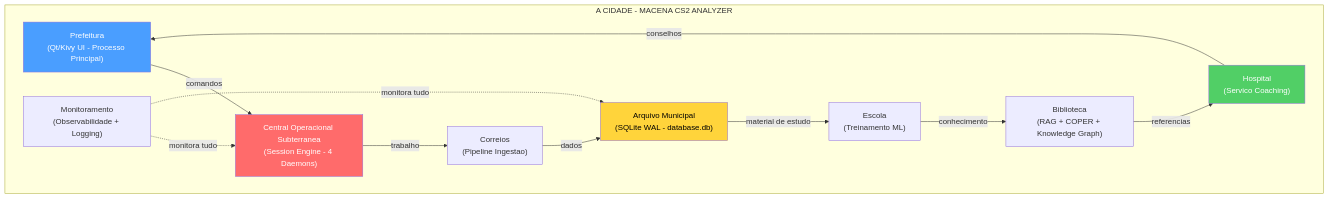
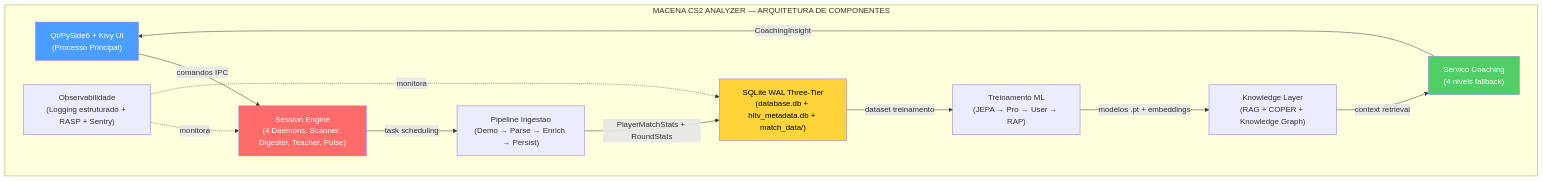
One commit to renanaugustomacena-ux/Counter-Strike-coach-AI changed the ninth of 55 diagrams in docs/books/Book-Coach-3-pt.md. Above: the diagram before and after it, drawn with Mermaid. The commit also changed other lines of this file and 29 other files, not shown here.

````diff
--- a/docs/books/Book-Coach-3-pt.md
+++ b/docs/books/Book-Coach-3-pt.md
@@ -598,26 +598,26 @@
 ```mermaid
 flowchart TB
-    subgraph CITY["A CIDADE - MACENA CS2 ANALYZER"]
-        MUNI["Prefeitura<br/>(Qt/Kivy UI - Processo Principal)"]
-        CENT["Central Operacional Subterranea<br/>(Session Engine - 4 Daemons)"]
-        ARCH["Arquivo Municipal<br/>(SQLite WAL - database.db)"]
-        POST["Correios<br/>(Pipeline Ingestao)"]
-        SCUOLA["Escola<br/>(Treinamento ML)"]
-        BIB["Biblioteca<br/>(RAG + COPER + Knowledge Graph)"]
-        OSP["Hospital<br/>(Servico Coaching)"]
-        MON["Monitoramento<br/>(Observabilidade + Logging)"]
+    subgraph SYSTEM["MACENA CS2 ANALYZER — ARQUITETURA DE COMPONENTES"]
+        UI["Qt/PySide6 + Kivy UI<br/>(Processo Principal)"]
+        SE["Session Engine<br/>(4 Daemons: Scanner, Digester, Teacher, Pulse)"]
+        DB["SQLite WAL Three-Tier<br/>(database.db + hltv_metadata.db + match_data/)"]
+        INGEST["Pipeline Ingestao<br/>(Demo → Parse → Enrich → Persist)"]
+        TRAIN["Treinamento ML<br/>(JEPA → Pro → User → RAP)"]
+        KB["Knowledge Layer<br/>(RAG + COPER + Knowledge Graph)"]
+        COACH["Servico Coaching<br/>(4 niveis fallback)"]
+        OBS["Observabilidade<br/>(Logging estruturado + RASP + Sentry)"]
     end
-    MUNI -->|"comandos"| CENT
-    CENT -->|"trabalho"| POST
-    POST -->|"dados"| ARCH
-    ARCH -->|"material de estudo"| SCUOLA
-    SCUOLA -->|"conhecimento"| BIB
-    BIB -->|"referencias"| OSP
-    OSP -->|"conselhos"| MUNI
-    MON -.->|"monitora tudo"| CENT
-    MON -.->|"monitora tudo"| ARCH
-    style MUNI fill:#4a9eff,color:#fff
-    style CENT fill:#ff6b6b,color:#fff
-    style ARCH fill:#ffd43b,color:#000
-    style OSP fill:#51cf66,color:#fff
+    UI -->|"comandos IPC"| SE
+    SE -->|"task scheduling"| INGEST
+    INGEST -->|"PlayerMatchStats + RoundStats"| DB
+    DB -->|"dataset treinamento"| TRAIN
+    TRAIN -->|"modelos .pt + embeddings"| KB
+    KB -->|"context retrieval"| COACH
+    COACH -->|"CoachingInsight"| UI
+    OBS -.->|"monitora"| SE
+    OBS -.->|"monitora"| DB
+    style UI fill:#4a9eff,color:#fff
+    style SE fill:#ff6b6b,color:#fff
+    style DB fill:#ffd43b,color:#000
+    style COACH fill:#51cf66,color:#fff
 ```
````
